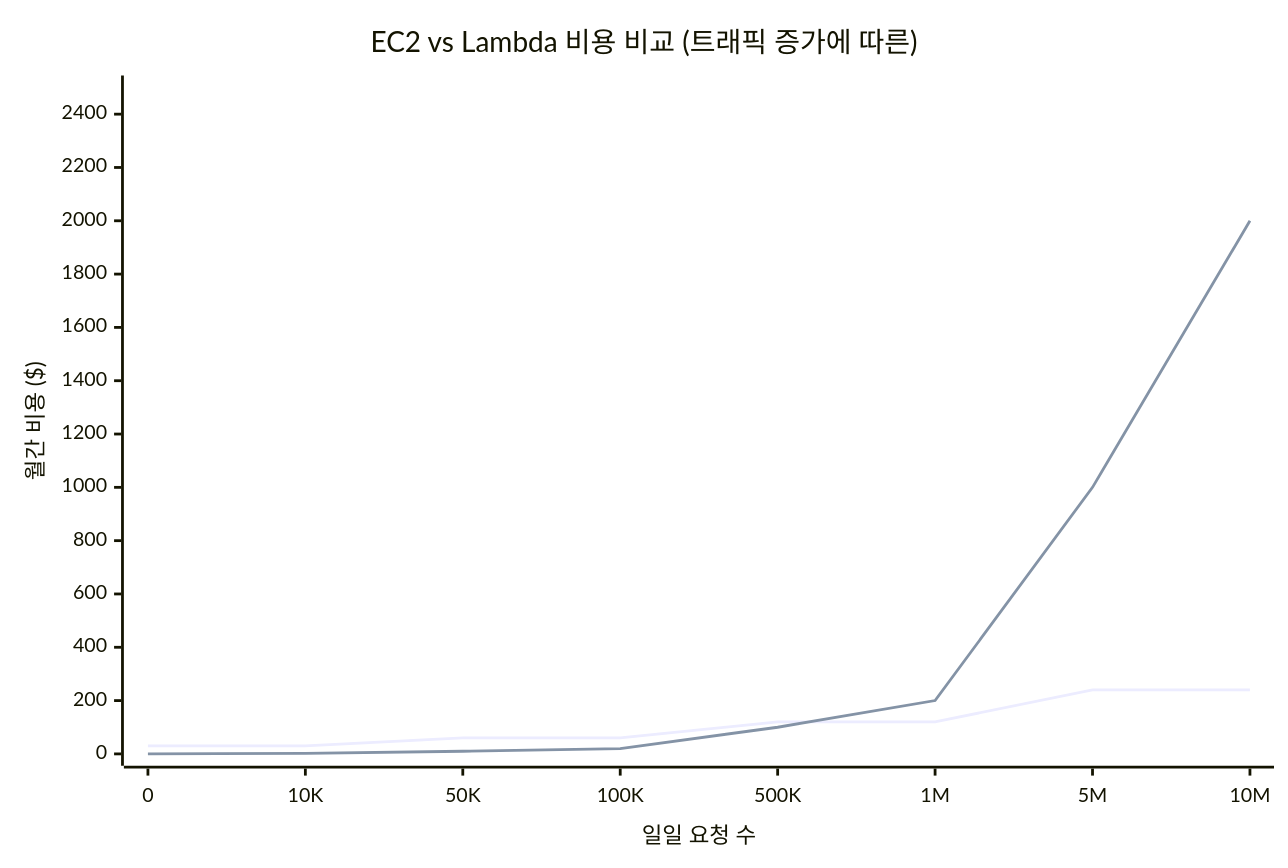
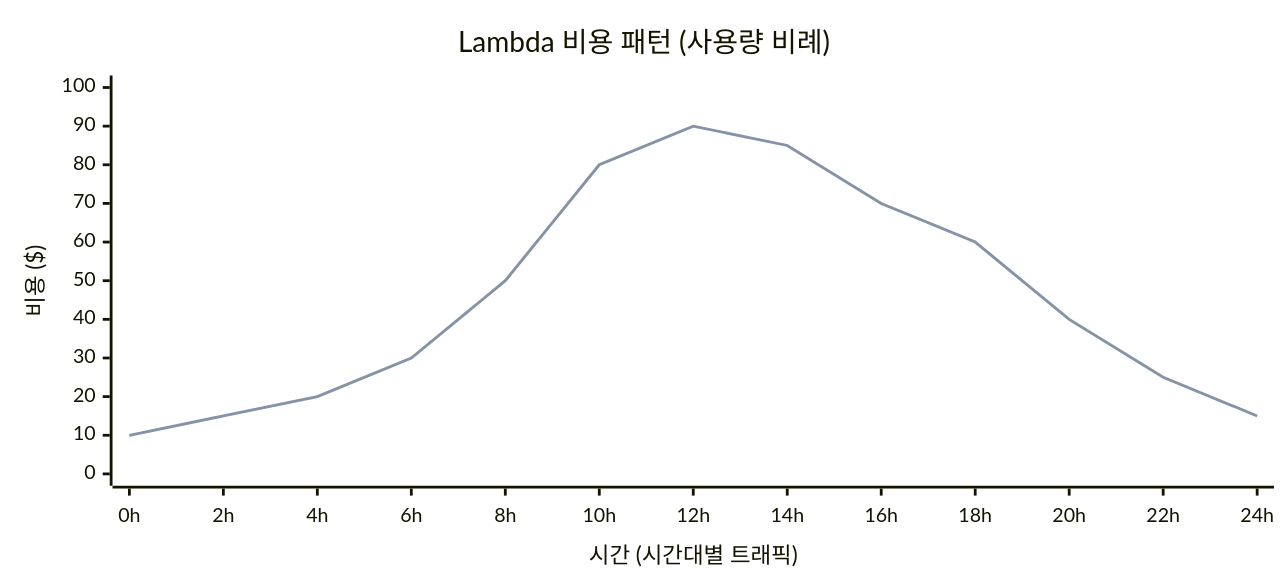
Before and after one commit to niceguy61/kdt_devops_lecture_2025: the third of 3 diagrams in theory/november/week_01/day1/session_3.md, drawn with Mermaid. The commit also changed other lines of this file, not shown here.

````diff
--- a/theory/november/week_01/day1/session_3.md
+++ b/theory/november/week_01/day1/session_3.md
@@ -374,17 +391,14 @@
 ```mermaid
 ---
 config:
   xyChart:
     width: 900
-    height: 600
-  themeVariables:
-    xyChart:
-      backgroundColor: "transparent"
+    height: 400
 ---
 xychart-beta
-    title "EC2 vs Lambda 비용 비교 (트래픽 증가에 따른)"
-    x-axis "일일 요청 수" [0, 10K, 50K, 100K, 500K, 1M, 5M, 10M]
-    y-axis "월간 비용 ($)" 0 --> 2500
-    line "EC2 (계단식)" [30, 30, 60, 60, 120, 120, 240, 240]
-    line "Lambda (선형)" [0, 2, 10, 20, 100, 200, 1000, 2000]
+    title "Lambda 비용 패턴 (사용량 비례)"
+    x-axis "시간 (시간대별 트래픽)" [0h, 2h, 4h, 6h, 8h, 10h, 12h, 14h, 16h, 18h, 20h, 22h, 24h]
+    y-axis "비용 ($)" 0 --> 100
+    line "실제 트래픽" [10, 15, 20, 30, 50, 80, 90, 85, 70, 60, 40, 25, 15]
+    line "Lambda 비용 (선형)" [10, 15, 20, 30, 50, 80, 90, 85, 70, 60, 40, 25, 15]
 ```
````
